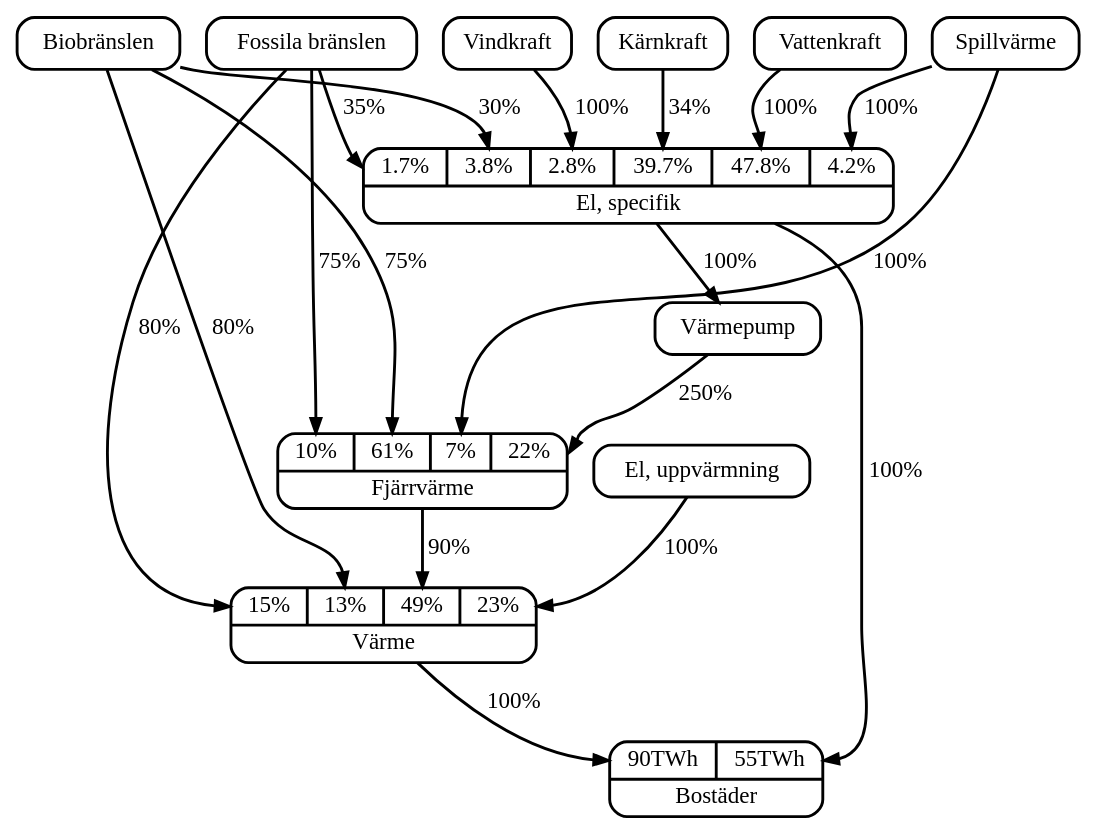
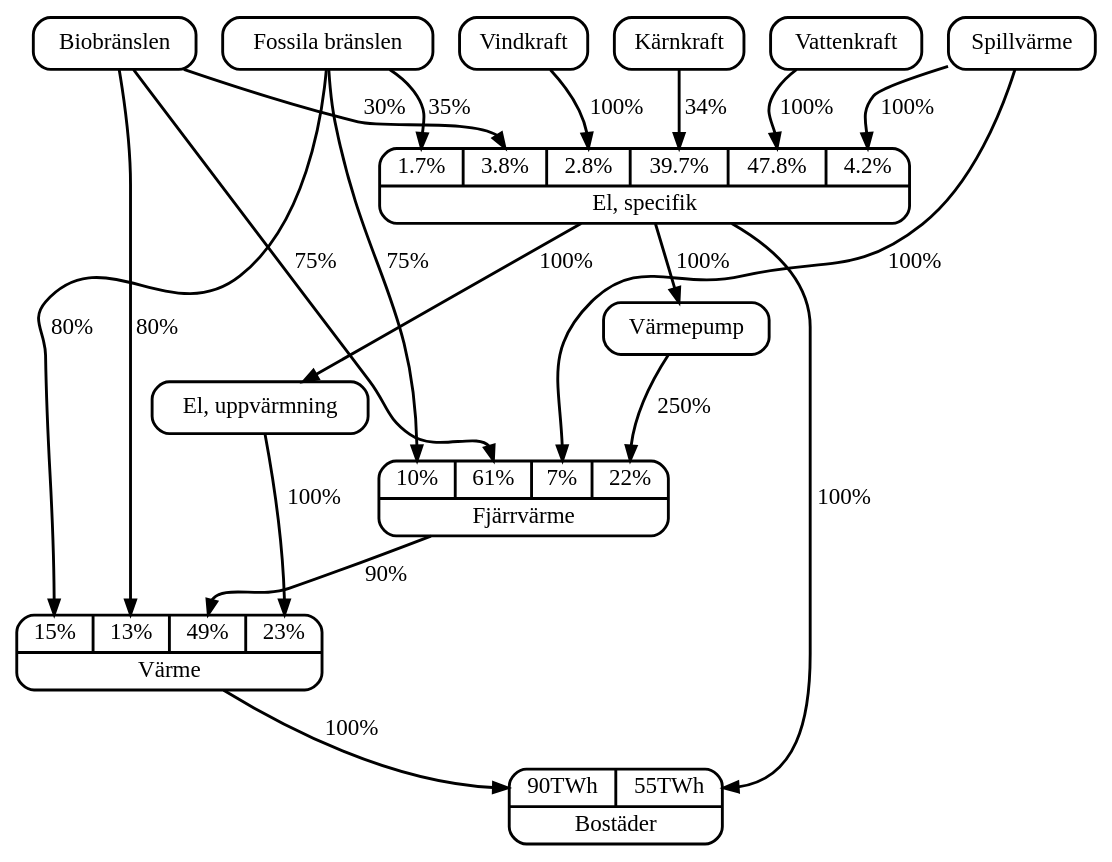
One commit to Hagmar/ENM155-batman changed the diagram in report/residences.dot. Above: the diagram before and after it, drawn with Graphviz. The commit also changed 1 other file, not shown here.

```diff
--- a/report/residences.dot
+++ b/report/residences.dot
@@ -1,50 +1,52 @@
 digraph {
 	edge [fontname="Bitstream Vera Sans",
 		fontsize="16.00",
 		style="bold"]
 
 	node [fontname="Bitstream Vera Sans",
 		fontsize="16.00",
 		shape=Mrecord,
 		style="bold,filled",
 		fillcolor=white];
 	edge [style=bold];
 
 	subgraph residences {
 		fossil [label = "Fossila bränslen"];
 		bio [label = "Biobränslen"];
 		nuclear [label = "Kärnkraft"];
 		water [label = "Vattenkraft"];
 		wind [label = "Vindkraft"];
 		spill [label = "Spillvärme"];
 		pump [label = "Värmepump"];
 
 		district_heating [label = "{{<fossil> 10% | <bio> 61% | <spill> 7% | <pump> 22% } |Fjärrvärme}"];
 		el_spec [label = "{{<fossil> 1.7% | <bio> 3.8% | <wind> 2.8% | <nuclear> 39.7% | <water> 47.8% | <spill> 4.2% } | El, specifik}"];
 		el_heat [label = "El, uppvärmning"];
 		heating [label ="{{<fossil> 15% | <bio> 13% | <district> 49% | <el_heat> 23%} | Värme}"];
 		residences [label = "{{<heating> 90TWh | <el_spec>55TWh} | Bostäder}"];
 
 		fossil -> district_heating:fossil [label = "75%"];
 		bio -> district_heating:bio [label = "75%"];
 		spill -> district_heating:spill [label = "100%"];
 		pump -> district_heating:pump [label = "250%"];
 
 		fossil -> heating:fossil [label = "80%"];
 		bio -> heating:bio [label = "80%"];
 		district_heating -> heating:district [label = "90%"];
 		el_heat -> heating:el_heat [label = "100%"];
 
 		heating -> residences:heating [label = "100%"];
 
 		fossil -> el_spec:fossil [label = "35%"];
 		bio -> el_spec:bio [label = "30%"];
 		wind -> el_spec:wind [label = "100%"];
 		nuclear -> el_spec:nuclear [label = "34%"];
 		water -> el_spec:water [label = "100%"];
 		spill -> el_spec:spill [label = "100%"];
 
+		el_spec -> el_heat [label = "100%"];
+
 		el_spec -> pump [label = "100%"];
 		el_spec -> residences:el_spec [label = "100%"];
 	}
 }
```
